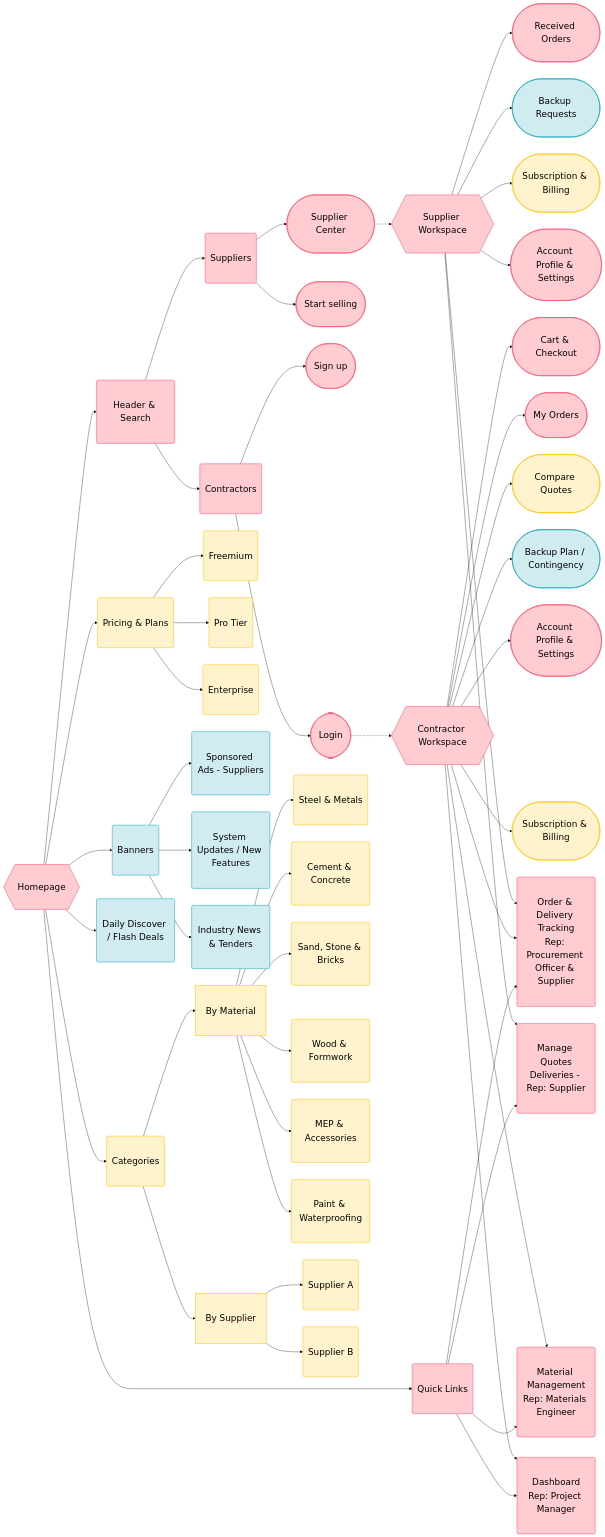
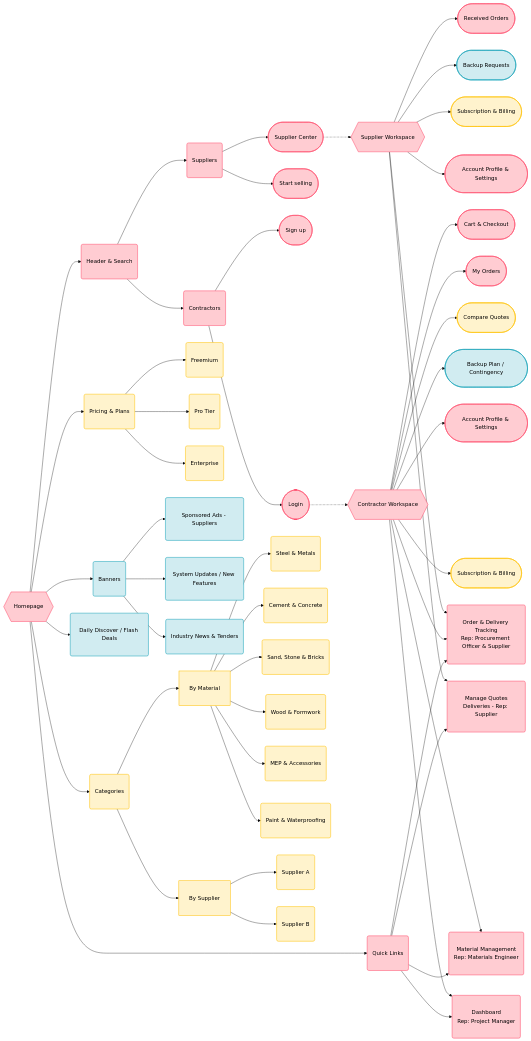
Before and after one commit to kellyblossom/Software-Engineering-in-Construction-Information-Systems-Assignment: the diagram in README.md, drawn with Mermaid (base theme).

Commit message:
Adjust padding in Mermaid class definitions
Updated padding for class definitions in Mermaid graph.

```diff
--- a/README.md
+++ b/README.md
@@ -5,9 +5,9 @@
 graph LR
 
     %% Color definition
-    classDef high fill:#ffccd2,stroke:#ff4d6d,stroke-width:1.5px,color:black,font-size:26px,padding:15px;
-    classDef med fill:#fff3cd,stroke:#ffc107,stroke-width:1.5px,color:black,font-size:26px,padding:15px;
-    classDef low fill:#d1ecf1,stroke:#17a2b8,stroke-width:1.5px,color:black,font-size:26px,padding:15px;
+    classDef high fill:#ffccd2,stroke:#ff4d6d,stroke-width:1.5px,color:black,padding:10px;
+    classDef med fill:#fff3cd,stroke:#ffc107,stroke-width:1.5px,color:black,padding:10px;
+    classDef low fill:#d1ecf1,stroke:#17a2b8,stroke-width:1.5px,color:black,padding:10px;
 
     %% Main home page
     A{{Homepage}} --> B(Header & Search)
```
